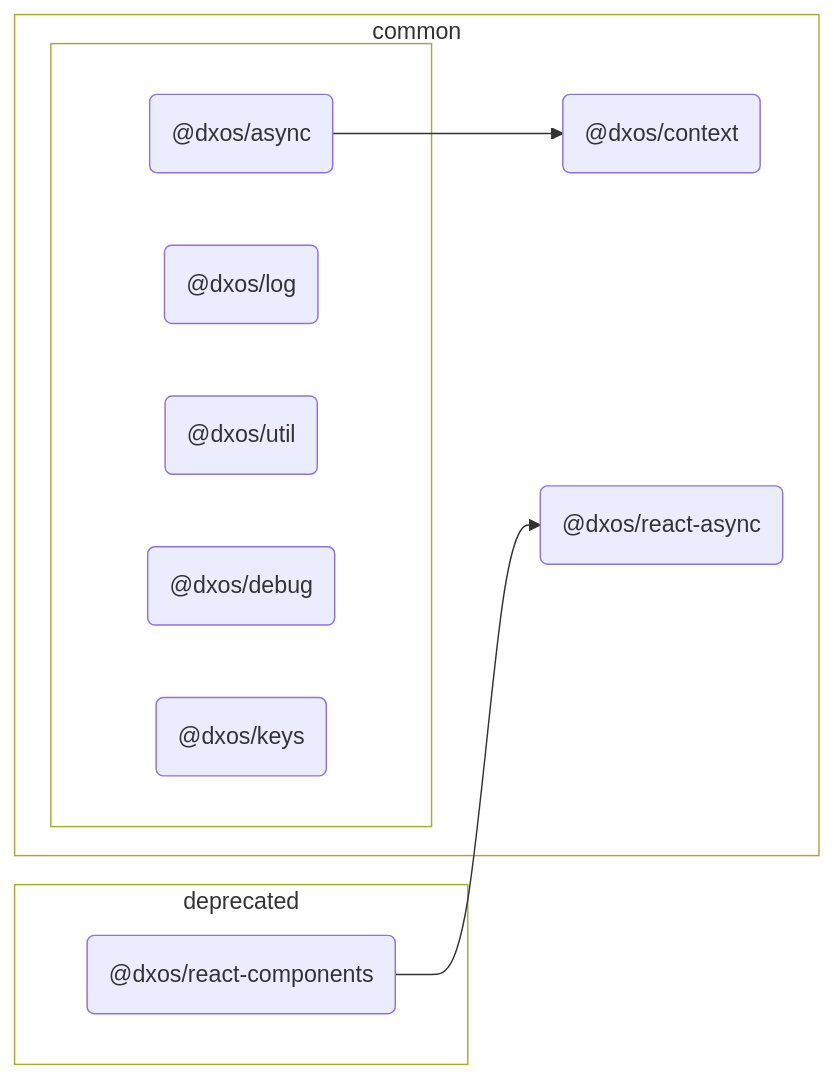
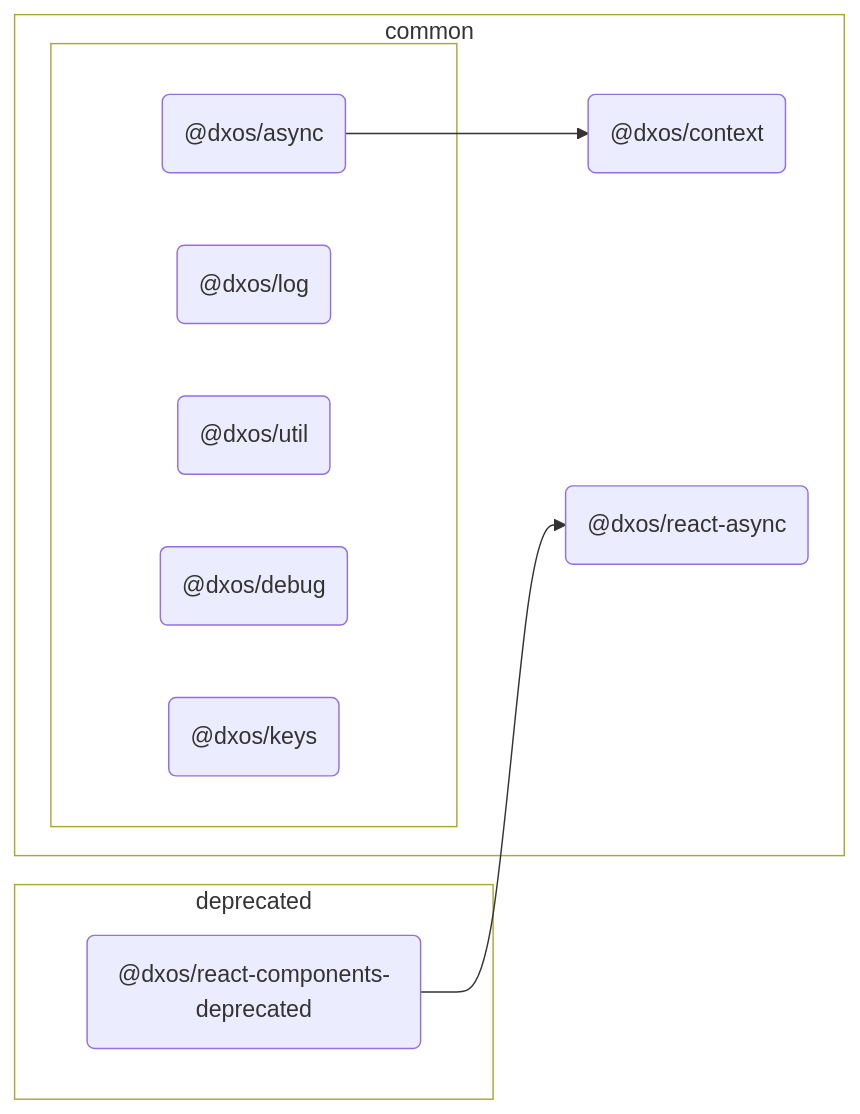
One commit to dxos/dxos changed the diagram in packages/deprecated/react-components/docs/README.md. Above: the diagram before and after it, drawn with Mermaid. The commit also changed other lines of this file and 268 other files, not shown here.

Commit message:
Append '-deprecated' to the old `react-components`. Rename `react-ui` to `react-components`. Move `react-uikit` to packages/apps/patterns. Remove references to `react-uikit`.

````diff
--- a/packages/deprecated/react-components/docs/README.md
+++ b/packages/deprecated/react-components/docs/README.md
@@ -7,43 +7,43 @@
 ```mermaid
 %%{ init: {'flowchart':{'curve':'basis'}} }%%
 
 flowchart LR
 
 %% Classes
 
 
 
 %% Nodes
 
 subgraph deprecated [deprecated]
   style deprecated fill:transparent
-  dxos/react-components("@dxos/react-components"):::root
+  dxos/react-components("@dxos/react-components-deprecated"):::root
   click dxos/react-components "dxos/dxos/tree/main/packages/deprecated/react-components/docs"
 end
 
 subgraph common [common]
   style common fill:transparent
   dxos/context("@dxos/context"):::def
   click dxos/context "dxos/dxos/tree/main/packages/common/context/docs"
   dxos/react-async("@dxos/react-async"):::def
   click dxos/react-async "dxos/dxos/tree/main/packages/common/react-async/docs"
 
   subgraph _ [ ]
     style _ fill:transparent
     dxos/async("@dxos/async"):::def
     click dxos/async "dxos/dxos/tree/main/packages/common/async/docs"
     dxos/log("@dxos/log"):::def
     click dxos/log "dxos/dxos/tree/main/packages/common/log/docs"
     dxos/util("@dxos/util"):::def
     click dxos/util "dxos/dxos/tree/main/packages/common/util/docs"
     dxos/debug("@dxos/debug"):::def
     click dxos/debug "dxos/dxos/tree/main/packages/common/debug/docs"
     dxos/keys("@dxos/keys"):::def
     click dxos/keys "dxos/dxos/tree/main/packages/common/keys/docs"
   end
 end
 
 %% Links
 dxos/async --> dxos/context
 dxos/react-components --> dxos/react-async
 ```
````
